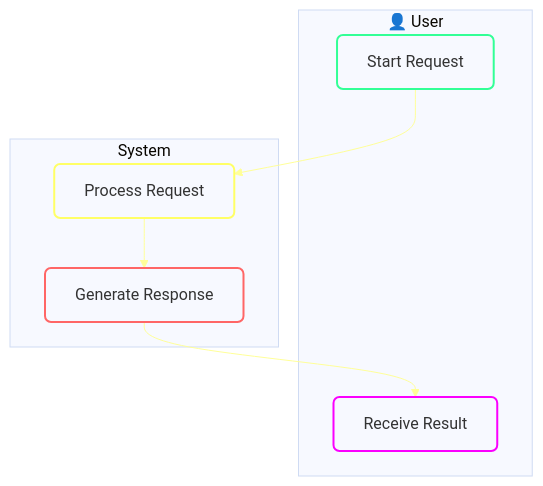
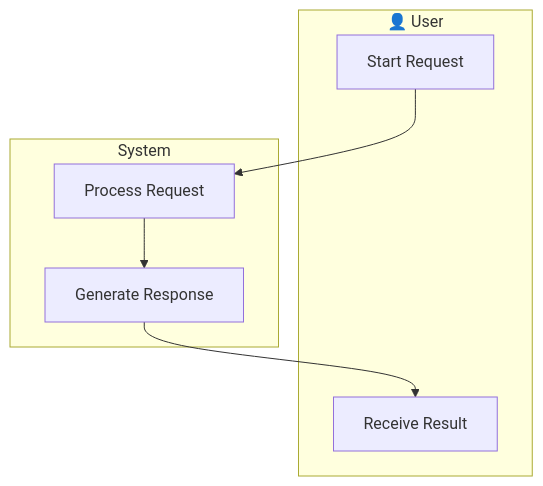
The fifth of 9 diagrams in requirements-analyst/steering/helper-diagram-standards.md (catface996/powers), drawn with Mermaid before and after one commit. The commit also changed other lines of this file, not shown here.

First line of the commit message:
revert(requirements-analyst): remove custom color rules from diagram standards

````diff
--- a/requirements-analyst/steering/helper-diagram-standards.md
+++ b/requirements-analyst/steering/helper-diagram-standards.md
@@ -208,23 +196,16 @@
 ```mermaid
-%%{init: {'theme': 'base', 'themeVariables': { 'background': '#000066' }}}%%
 flowchart TB
     subgraph User["👤 User"]
         A1[Start Request]
         A4[Receive Result]
     end
 
     subgraph System["System"]
         A2[Process Request]
         A3[Generate Response]
     end
 
     A1 --> A2
     A2 --> A3
     A3 --> A4
-
-    %% Cyclic theme colors, no fill, stroke only, rx:6
-    style A1 fill:none,stroke:#32FF96,stroke-width:2px,rx:6
-    style A2 fill:none,stroke:#FFFF66,stroke-width:2px,rx:6
-    style A3 fill:none,stroke:#FF6666,stroke-width:2px,rx:6
-    style A4 fill:none,stroke:#FB00FF,stroke-width:2px,rx:6
 ```
````
